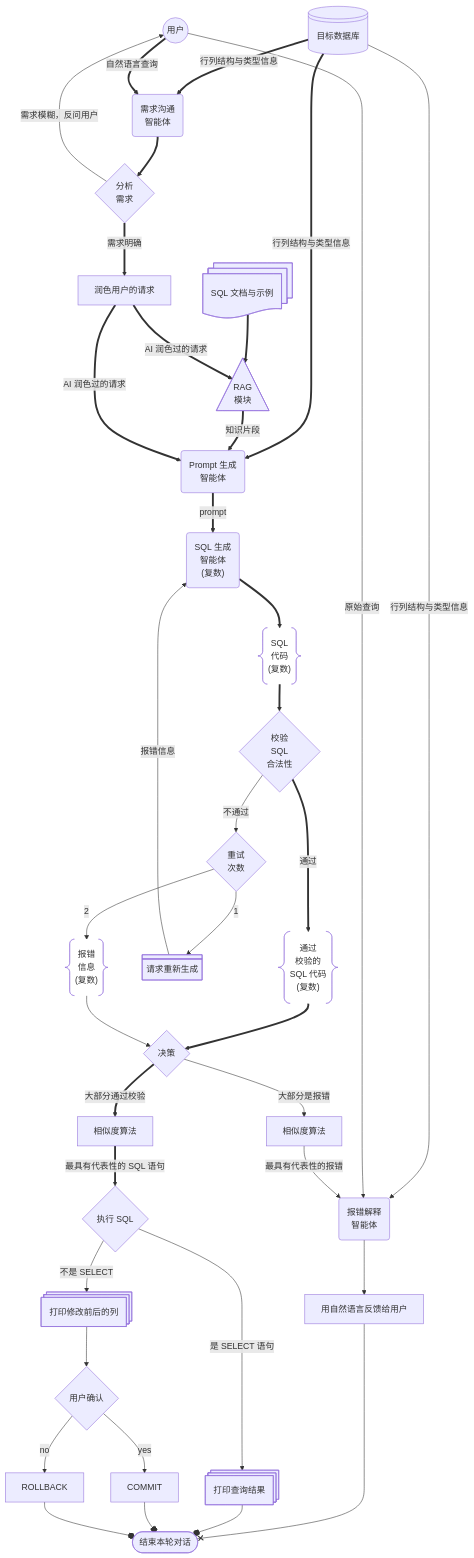
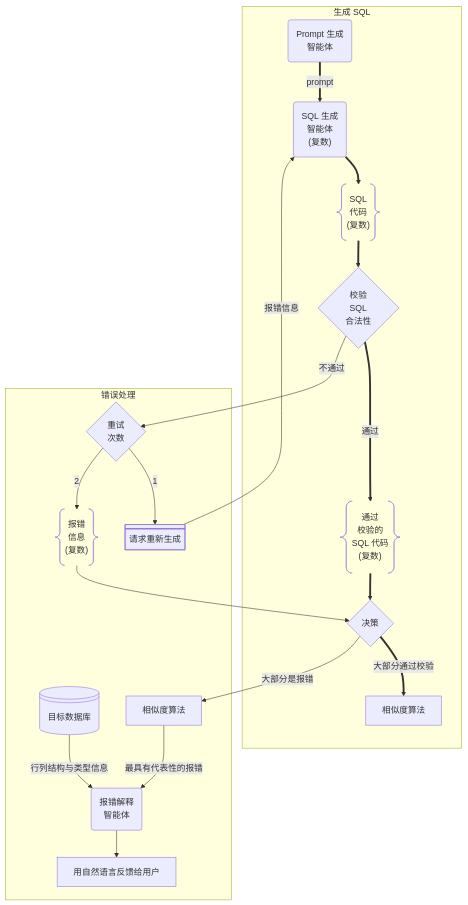
One commit to shynur/sqlbot changed the second of 10 diagrams in paper/paper.md. Above: the diagram before and after it, drawn with Mermaid. The commit also changed other lines of this file and 1 other file, not shown here.

````diff
--- a/paper/paper.md
+++ b/paper/paper.md
@@ -335,38 +350,23 @@
 ```mermaid
-graph TD
+graph TB
 
-user((用户))
+subgraph 生成 SQL
+    gen_prompt("`Prompt 生成<br>智能体`") ==prompt==> AI_gen_sql("`SQL 生成<br>智能体<br>(复数)`")
+    check_sql{"`校验<br>SQL<br>合法性`"}
+    AI_gen_sql ==> sql1@{ shape: braces, label: "SQL<br>代码<br>(复数)" } ==> check_sql
+    check_sql ==通过==> sql2@{ shape: braces, label: "通过<br>校验的<br>SQL 代码<br>(复数)" }
+    sql2 ==> cmp{决策}
+    cmp ==大部分通过校验==> sim_sql[相似度算法]
+end
 
-check_sql{"`校验<br>SQL<br>合法性`"}
-
-print_err --x ended@{ shape: stadium, label: "结束本轮对话" }
-
-db@{ shape: lin-cyl, label: "目标数据库" } ==行列结构与类型信息==> AI_gen_prompt("`Prompt 生成<br>智能体`") & AI_commu
-db --行列结构与类型信息--> AI_sorry
-
-doc@{ shape: docs, label: "SQL 文档与示例"} ==> rag@{ shape: tri, label: "RAG<br>模块" } ==知识片段==> AI_gen_prompt
-
-user ==自然语言查询==> AI_commu(需求沟通<br>智能体)
-user --原始查询--> AI_sorry
-AI_commu ==> compreh{分析<br>需求}
-compreh --需求模糊，反问用户--> user
-compreh ==需求明确==> polish[润色用户的请求] =="AI 润色过的请求"==> rag & AI_gen_prompt
-AI_gen_prompt ==prompt==> AI_gen_sql("`SQL 生成<br>智能体<br>(复数)`")
-
-AI_gen_sql ==> sql1@{ shape: braces, label: "SQL<br>代码<br>(复数)" } ==> check_sql
-check_sql ==通过==> sql2@{ shape: braces, label: "通过<br>校验的<br>SQL 代码<br>(复数)" }
-check_sql --不通过--> retry{"`重试<br>次数`"}
-retry --1--> re_gen_sql@{ shape: div-rect, label: "请求重新生成" }
-re_gen_sql --报错信息--> AI_gen_sql
-retry --2--> errs@{ shape: braces, label: "报错<br>信息<br>(复数)" }
-
-sql2 ==> cmp{决策}
-errs --> cmp{决策}
-cmp --大部分是报错--> sim_err[相似度算法] --最具有代表性的报错--> AI_sorry("`报错解释<br>智能体`") --> print_err[用自然语言反馈给用户]
-cmp ==大部分通过校验==> sim_sql[相似度算法] =="最具有代表性的 SQL 语句"==> exec{执行 SQL}
-
-exec --"是 SELECT 语句"--> print_select@{ shape: procs, label: "打印查询结果" } --o ended
-exec --"不是 SELECT"--> print_update@{ shape: procs, label: "打印修改前后的列" } --> confirm{用户确认}
-confirm --yes--> commit[COMMIT] --o ended
-confirm --"no"--> rollback[ROLLBACK] --o ended
+subgraph 错误处理
+    db@{ shape: lin-cyl, label: "目标数据库" } --行列结构与类型信息--> AI_sorry("`报错解释<br>智能体`")
+    check_sql --不通过--> retry{"`重试<br>次数`"}
+    retry --1--> re_gen_sql@{ shape: div-rect, label: "请求重新生成" }
+    re_gen_sql --报错信息--> AI_gen_sql
+    retry --2--> errs@{ shape: braces, label: "报错<br>信息<br>(复数)" }
+    errs --> cmp{决策}
+    cmp --大部分是报错--> sim_err[相似度算法] --最具有代表性的报错--> AI_sorry
+    AI_sorry --> print_err[用自然语言反馈给用户]
+end
 ```
````
